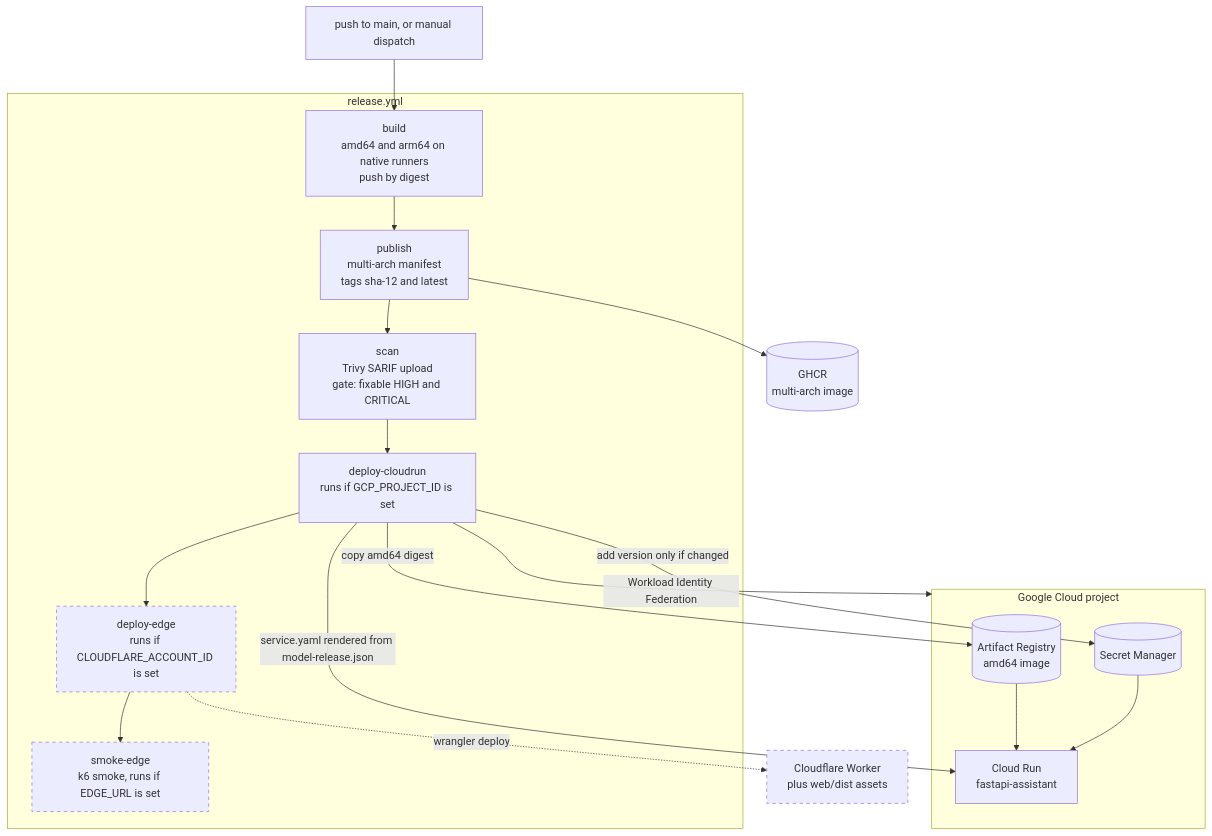
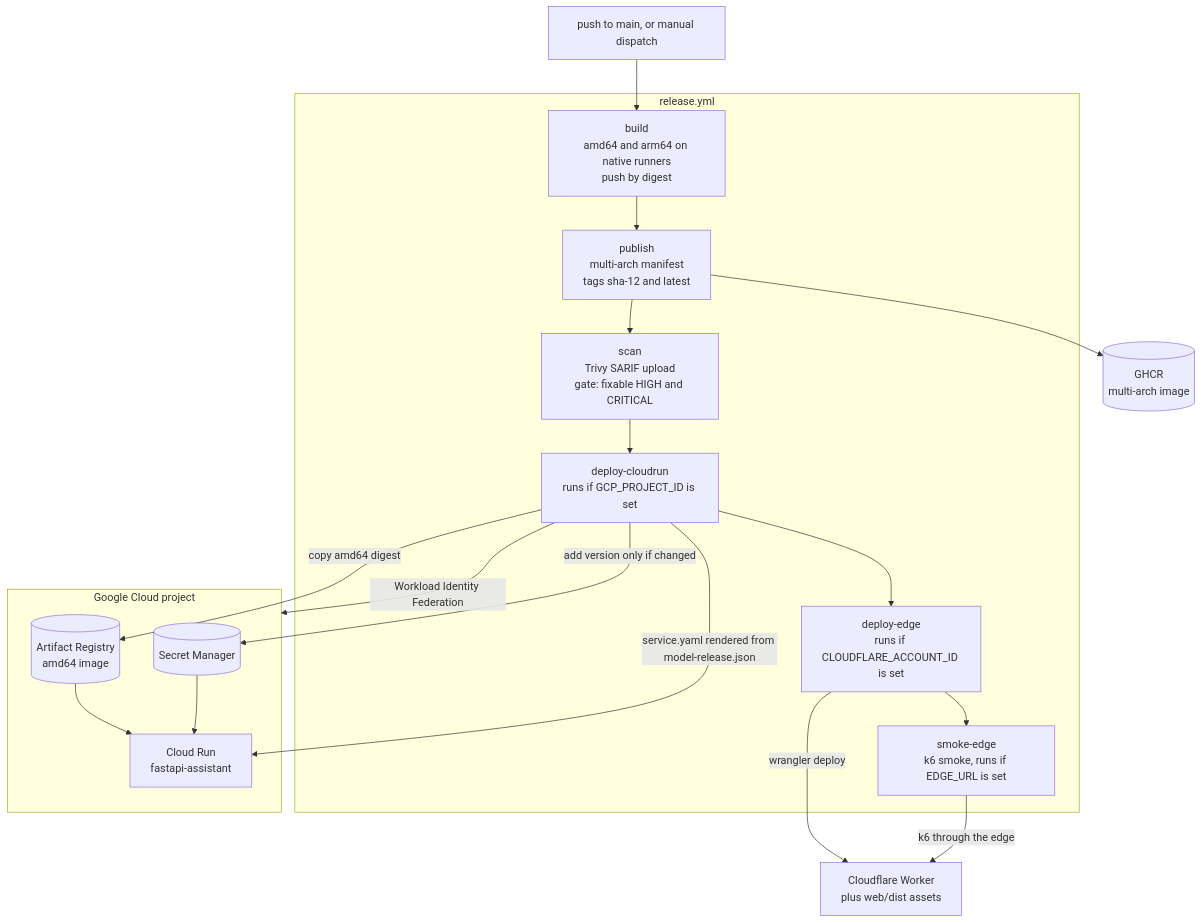
The diagram in docs/architecture/DEPLOYMENT_ARCHITECTURE.md (syed-waleed-ahmed/Niche-Finetuned-Model), drawn with Mermaid before and after one commit. The commit also changed other lines of this file and 19 other files, not shown here.

````diff
--- a/docs/architecture/DEPLOYMENT_ARCHITECTURE.md
+++ b/docs/architecture/DEPLOYMENT_ARCHITECTURE.md
@@ -38,36 +39,34 @@
 ```mermaid
 flowchart TB
     Push["push to main, or manual dispatch"] --> Build
 
     subgraph Release["release.yml"]
         Build["build<br/>amd64 and arm64 on native runners<br/>push by digest"]
         Publish["publish<br/>multi-arch manifest<br/>tags sha-12 and latest"]
         Scan["scan<br/>Trivy SARIF upload<br/>gate: fixable HIGH and CRITICAL"]
         DeployRun["deploy-cloudrun<br/>runs if GCP_PROJECT_ID is set"]
         DeployEdge["deploy-edge<br/>runs if CLOUDFLARE_ACCOUNT_ID is set"]
         Smoke["smoke-edge<br/>k6 smoke, runs if EDGE_URL is set"]
         Build --> Publish --> Scan --> DeployRun --> DeployEdge --> Smoke
     end
 
     GHCR[("GHCR<br/>multi-arch image")]
     Publish --> GHCR
 
     subgraph GCP["Google Cloud project"]
         AR[("Artifact Registry<br/>amd64 image")]
         SM[("Secret Manager")]
         CR["Cloud Run<br/>fastapi-assistant"]
     end
 
     DeployRun -->|"Workload Identity Federation"| GCP
     DeployRun -->|"copy amd64 digest"| AR
     DeployRun -->|"add version only if changed"| SM
     DeployRun -->|"service.yaml rendered from model-release.json"| CR
     AR --> CR
     SM --> CR
 
     Worker["Cloudflare Worker<br/>plus web/dist assets"]
-    DeployEdge -.->|"wrangler deploy"| Worker
-
-    classDef skipped stroke-dasharray: 5 5
-    class DeployEdge,Smoke,Worker skipped
+    DeployEdge -->|"wrangler deploy"| Worker
+    Smoke -->|"k6 through the edge"| Worker
 ```
````
